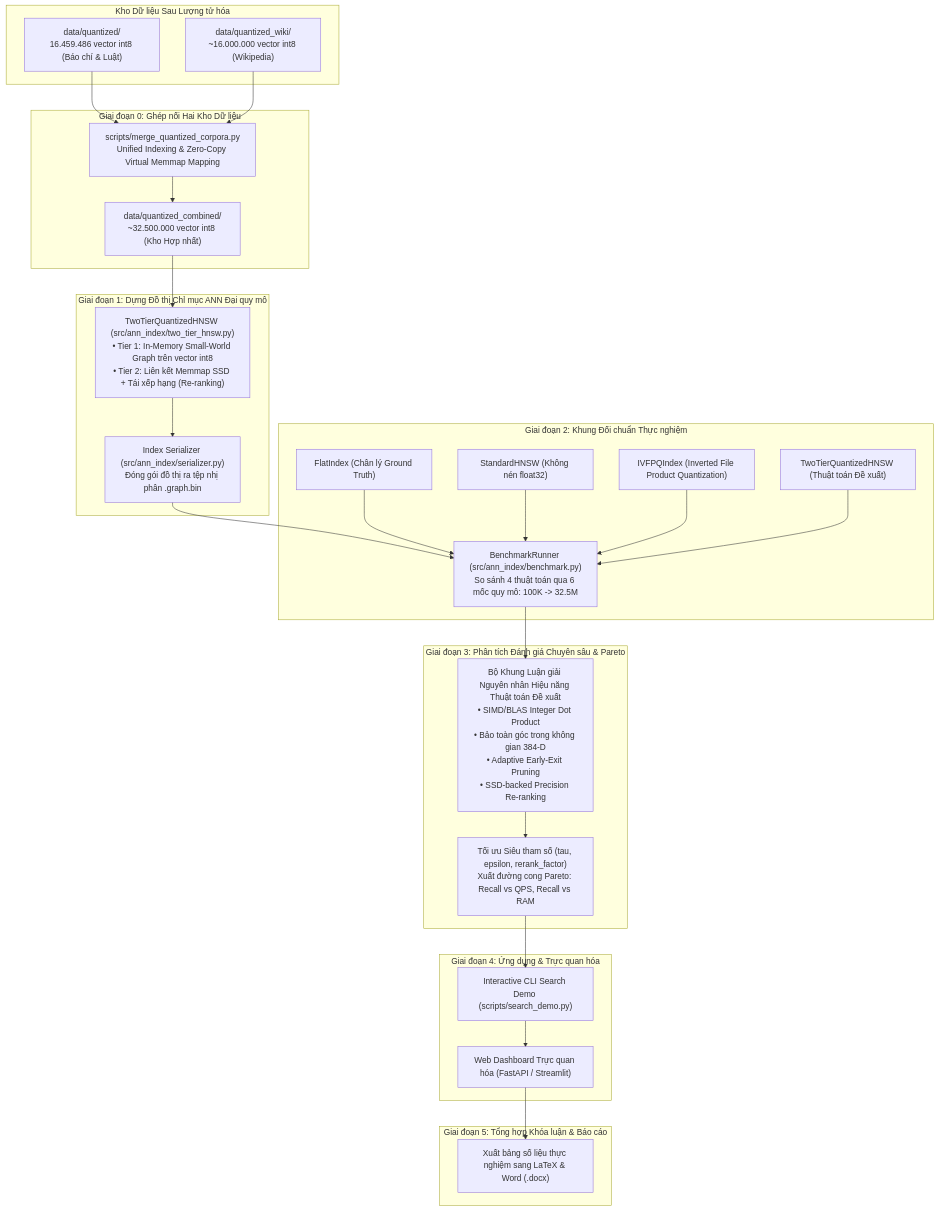
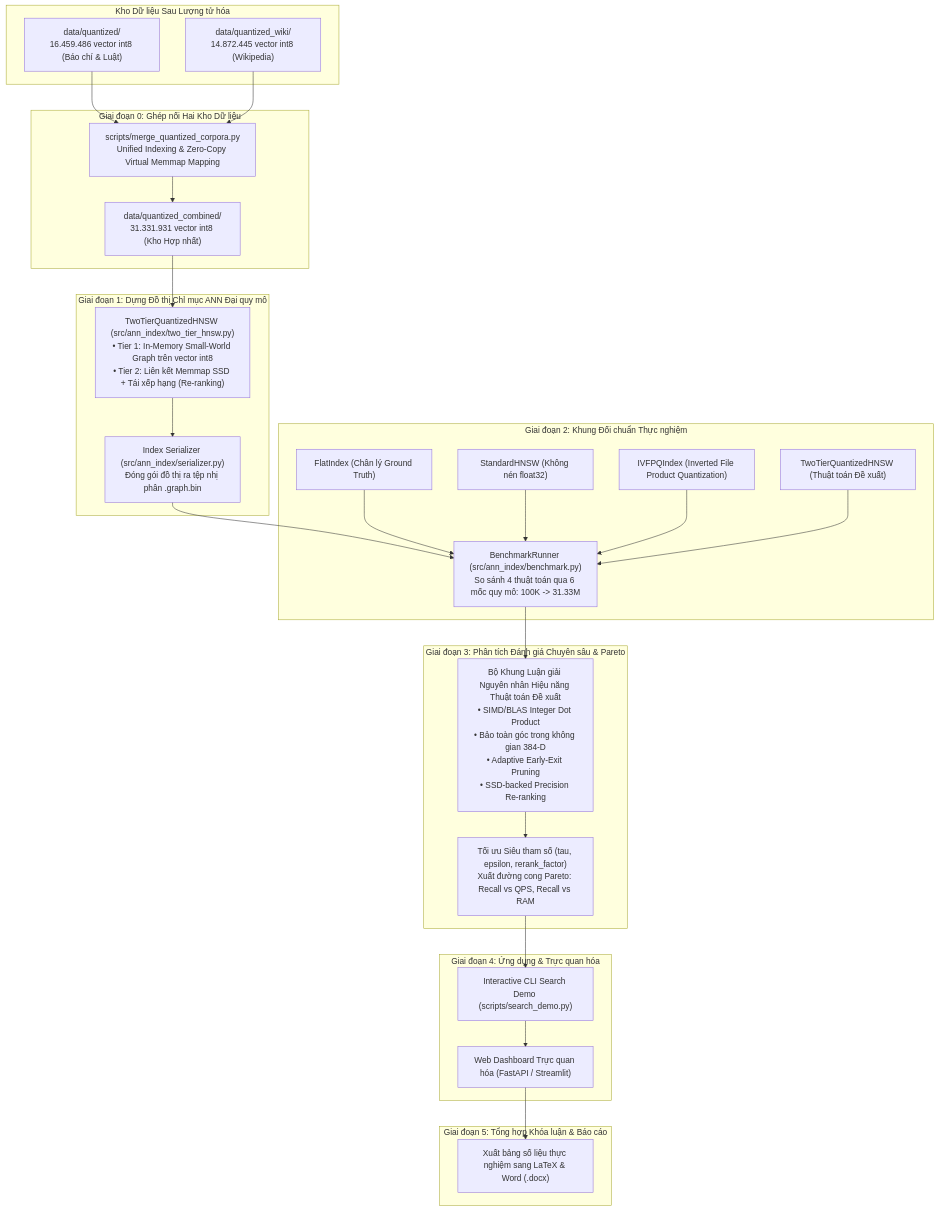
Before and after one commit to rootkind35-del/HNSW-Combined-Quantization: the first of 2 diagrams in docs/KE_HOACH_THUC_THI_SAU_LUONG_TU_HOA.md, drawn with Mermaid. The commit also changed other lines of this file and 9 other files, not shown here.

````diff
--- a/docs/KE_HOACH_THUC_THI_SAU_LUONG_TU_HOA.md
+++ b/docs/KE_HOACH_THUC_THI_SAU_LUONG_TU_HOA.md
@@ -24,50 +24,50 @@
 ```mermaid
 flowchart TD
     subgraph RawData ["Kho Dữ liệu Sau Lượng tử hóa"]
         Q1["data/quantized/<br/>16.459.486 vector int8 (Báo chí & Luật)"]
-        Q2["data/quantized_wiki/<br/>~16.000.000 vector int8 (Wikipedia)"]
+        Q2["data/quantized_wiki/<br/>14.872.445 vector int8 (Wikipedia)"]
     end
 
     subgraph Phase0 ["Giai đoạn 0: Ghép nối Hai Kho Dữ liệu"]
         MG["scripts/merge_quantized_corpora.py<br/>Unified Indexing & Zero-Copy Virtual Memmap Mapping"]
-        QC["data/quantized_combined/<br/>~32.500.000 vector int8 (Kho Hợp nhất)"]
+        QC["data/quantized_combined/<br/>31.331.931 vector int8 (Kho Hợp nhất)"]
     end
 
     subgraph Phase1 ["Giai đoạn 1: Dựng Đồ thị Chỉ mục ANN Đại quy mô"]
         G1["TwoTierQuantizedHNSW (src/ann_index/two_tier_hnsw.py)<br/>• Tier 1: In-Memory Small-World Graph trên vector int8<br/>• Tier 2: Liên kết Memmap SSD + Tái xếp hạng (Re-ranking)"]
         G2["Index Serializer (src/ann_index/serializer.py)<br/>Đóng gói đồ thị ra tệp nhị phân .graph.bin"]
     end
 
     subgraph Phase2 ["Giai đoạn 2: Khung Đối chuẩn Thực nghiệm"]
-        BM["BenchmarkRunner (src/ann_index/benchmark.py)<br/>So sánh 4 thuật toán qua 6 mốc quy mô: 100K -> 32.5M"]
+        BM["BenchmarkRunner (src/ann_index/benchmark.py)<br/>So sánh 4 thuật toán qua 6 mốc quy mô: 100K -> 31.33M"]
         B1["FlatIndex (Chân lý Ground Truth)"]
         B2["StandardHNSW (Không nén float32)"]
         B3["IVFPQIndex (Inverted File Product Quantization)"]
         B4["TwoTierQuantizedHNSW (Thuật toán Đề xuất)"]
     end
 
     subgraph Phase3 ["Giai đoạn 3: Phân tích Đánh giá Chuyên sâu & Pareto"]
         EVA["Bộ Khung Luận giải Nguyên nhân Hiệu năng Thuật toán Đề xuất<br/>• SIMD/BLAS Integer Dot Product<br/>• Bảo toàn góc trong không gian 384-D<br/>• Adaptive Early-Exit Pruning<br/>• SSD-backed Precision Re-ranking"]
         TO["Tối ưu Siêu tham số (tau, epsilon, rerank_factor)<br/>Xuất đường cong Pareto: Recall vs QPS, Recall vs RAM"]
     end
 
     subgraph Phase4 ["Giai đoạn 4: Ứng dụng & Trực quan hóa"]
         DEMO["Interactive CLI Search Demo (scripts/search_demo.py)"]
         DASH["Web Dashboard Trực quan hóa (FastAPI / Streamlit)"]
     end
 
     subgraph Phase5 ["Giai đoạn 5: Tổng hợp Khóa luận & Báo cáo"]
         REP["Xuất bảng số liệu thực nghiệm sang LaTeX & Word (.docx)"]
     end
 
     Q1 --> MG
     Q2 --> MG
     MG --> QC
     QC --> G1
     G1 --> G2 --> BM
     B1 --> BM
     B2 --> BM
     B3 --> BM
     B4 --> BM
     BM --> EVA --> TO --> DEMO --> DASH --> REP
 ```
````
